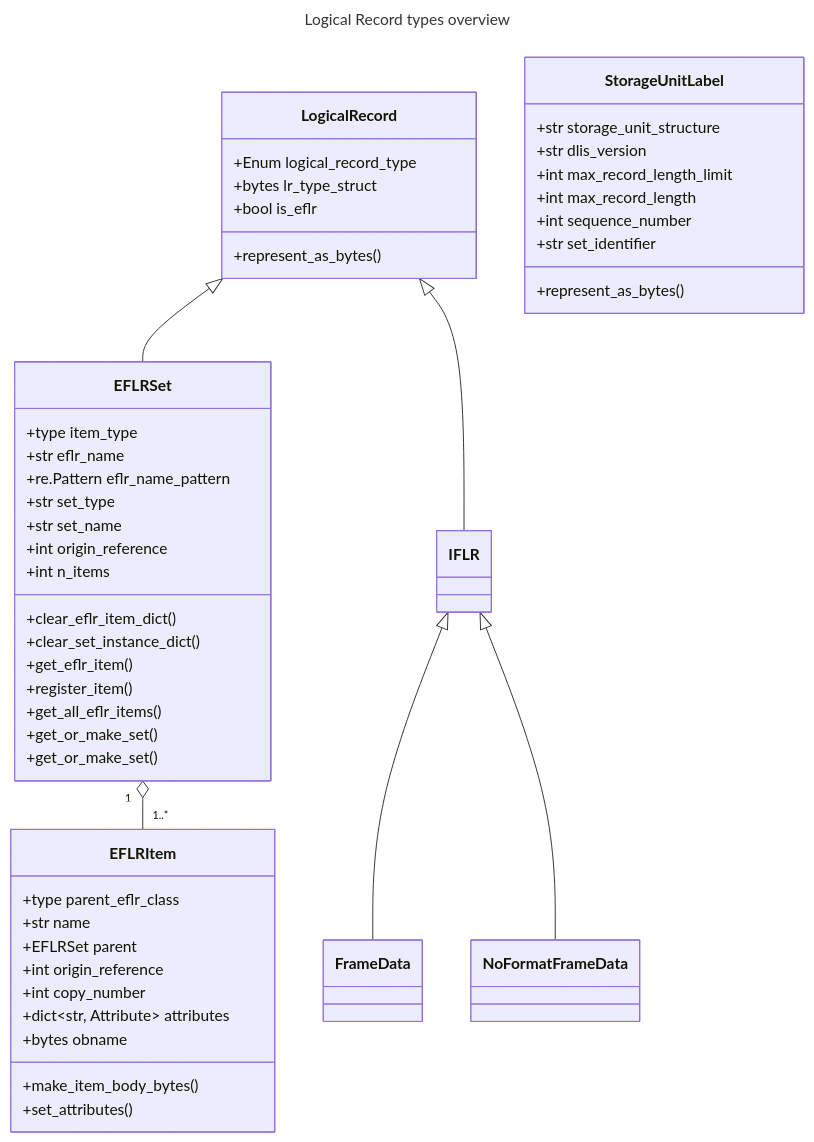
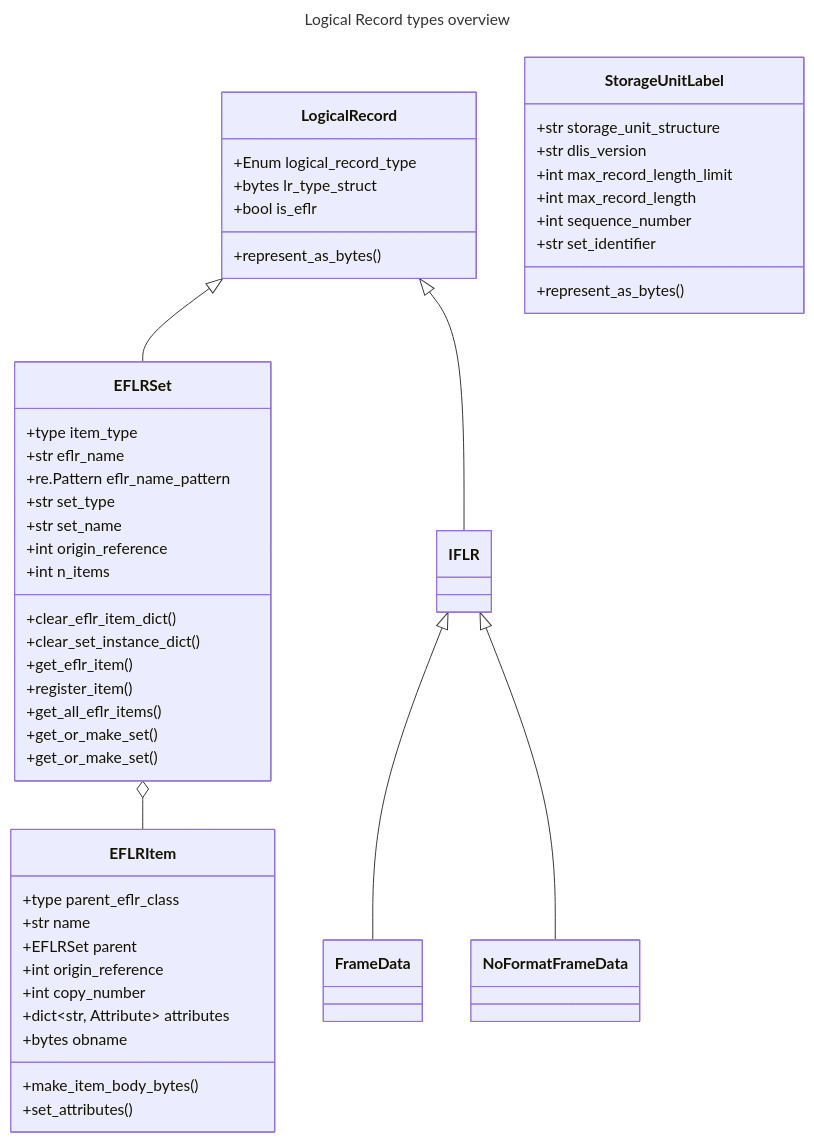
Before and after one commit to well-id/dliswriter: the first of 6 diagrams in README.md, drawn with Mermaid.

Commit message:
[README] Diagram fix (github display issue)

````diff
--- a/README.md
+++ b/README.md
@@ -221,65 +221,65 @@
 ```mermaid
 ---
 title: Logical Record types overview
 ---
 classDiagram
     LogicalRecord <|-- EFLRSet 
     LogicalRecord <|-- IFLR
 
     
     IFLR <|-- FrameData
     IFLR <|-- NoFormatFrameData
     
-    EFLRSet "1" o-- "1..*" EFLRItem
+    EFLRSet o-- EFLRItem
     
     class LogicalRecord{
         +Enum logical_record_type
         +bytes lr_type_struct
         +bool is_eflr
         
         +represent_as_bytes()
     }
     
     class EFLRSet{
         +type item_type
         +str eflr_name
         +re.Pattern eflr_name_pattern
         +str set_type
         +str set_name
         +int origin_reference
         +int n_items
         
         +clear_eflr_item_dict()
         +clear_set_instance_dict()
         +get_eflr_item()
         +register_item()
         +get_all_eflr_items()
         +get_or_make_set()
         +get_or_make_set()
         
     }
     
     class EFLRItem{ 
         +type parent_eflr_class
         +str name
         +EFLRSet parent
         +int origin_reference
         +int copy_number
         +dict~str, Attribute~ attributes
         +bytes obname
         
         +make_item_body_bytes()
         +set_attributes()
     }
     
     class StorageUnitLabel{
         +str storage_unit_structure
         +str dlis_version
         +int max_record_length_limit
         +int max_record_length
         +int sequence_number
         +str set_identifier
         
         +represent_as_bytes()
     }
 ```
````
